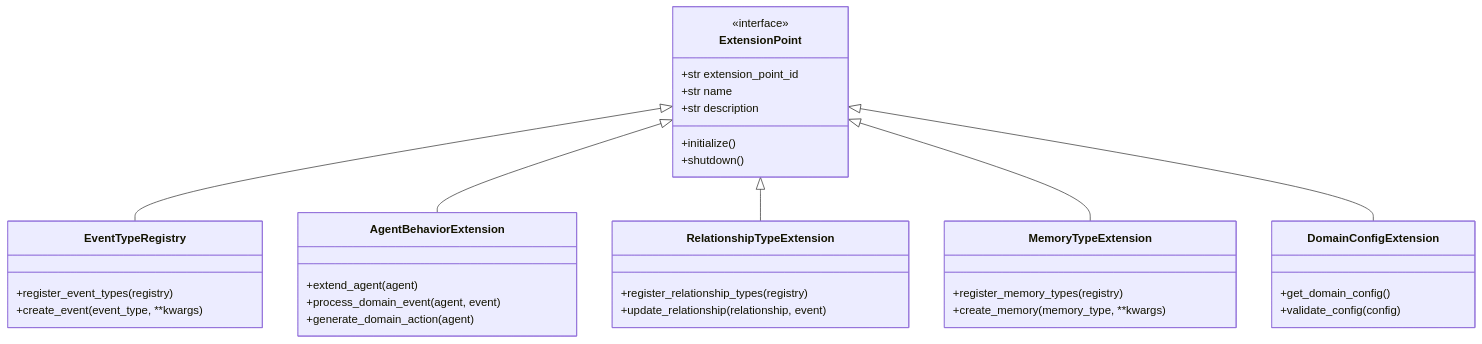
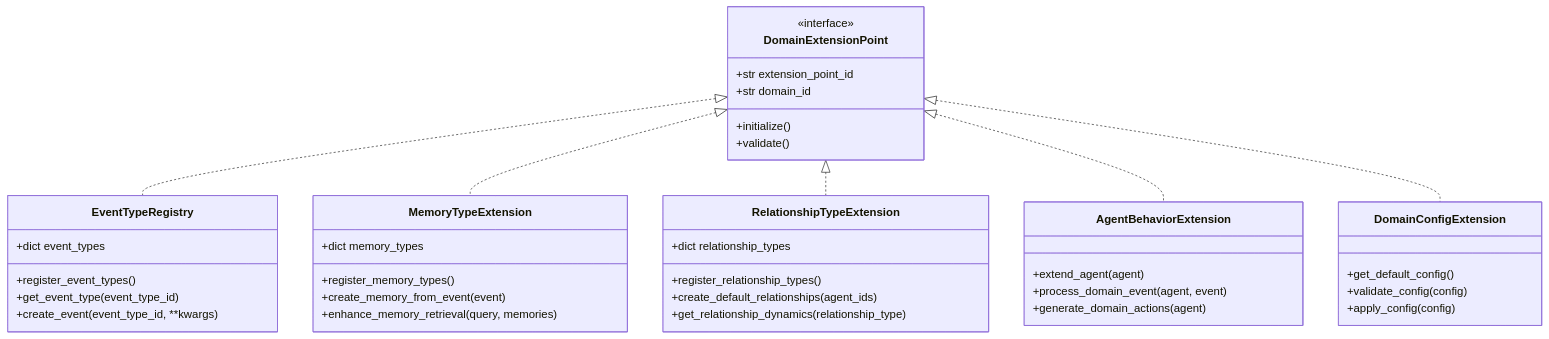
Before and after one commit to ianlintner/forum: the eighth of 12 diagrams in docs/agentic_framework/architecture.md, drawn with Mermaid. The commit also changed other lines of this file and 13 other files, not shown here.

First line of the commit message:
Enhance EventBus for Asynchronous Processing and Performance Metrics

````diff
--- a/docs/agentic_framework/architecture.md
+++ b/docs/agentic_framework/architecture.md
@@ -529,43 +554,49 @@
 ```mermaid
 classDiagram
-    class ExtensionPoint {
+    class DomainExtensionPoint {
         <<interface>>
         +str extension_point_id
-        +str name
-        +str description
+        +str domain_id
         +initialize()
-        +shutdown()
+        +validate()
     }
     
     class EventTypeRegistry {
-        +register_event_types(registry)
-        +create_event(event_type, **kwargs)
+        +dict event_types
+        +register_event_types()
+        +get_event_type(event_type_id)
+        +create_event(event_type_id, **kwargs)
+    }
+    
+    class MemoryTypeExtension {
+        +dict memory_types
+        +register_memory_types()
+        +create_memory_from_event(event)
+        +enhance_memory_retrieval(query, memories)
+    }
+    
+    class RelationshipTypeExtension {
+        +dict relationship_types
+        +register_relationship_types()
+        +create_default_relationships(agent_ids)
+        +get_relationship_dynamics(relationship_type)
     }
     
     class AgentBehaviorExtension {
         +extend_agent(agent)
         +process_domain_event(agent, event)
-        +generate_domain_action(agent)
-    }
-    
-    class RelationshipTypeExtension {
-        +register_relationship_types(registry)
-        +update_relationship(relationship, event)
-    }
-    
-    class MemoryTypeExtension {
-        +register_memory_types(registry)
-        +create_memory(memory_type, **kwargs)
+        +generate_domain_actions(agent)
     }
     
     class DomainConfigExtension {
-        +get_domain_config()
+        +get_default_config()
         +validate_config(config)
+        +apply_config(config)
     }
     
-    ExtensionPoint <|-- EventTypeRegistry
-    ExtensionPoint <|-- AgentBehaviorExtension
-    ExtensionPoint <|-- RelationshipTypeExtension
-    ExtensionPoint <|-- MemoryTypeExtension
-    ExtensionPoint <|-- DomainConfigExtension
+    DomainExtensionPoint <|.. EventTypeRegistry
+    DomainExtensionPoint <|.. MemoryTypeExtension
+    DomainExtensionPoint <|.. RelationshipTypeExtension
+    DomainExtensionPoint <|.. AgentBehaviorExtension
+    DomainExtensionPoint <|.. DomainConfigExtension
 ```
````
